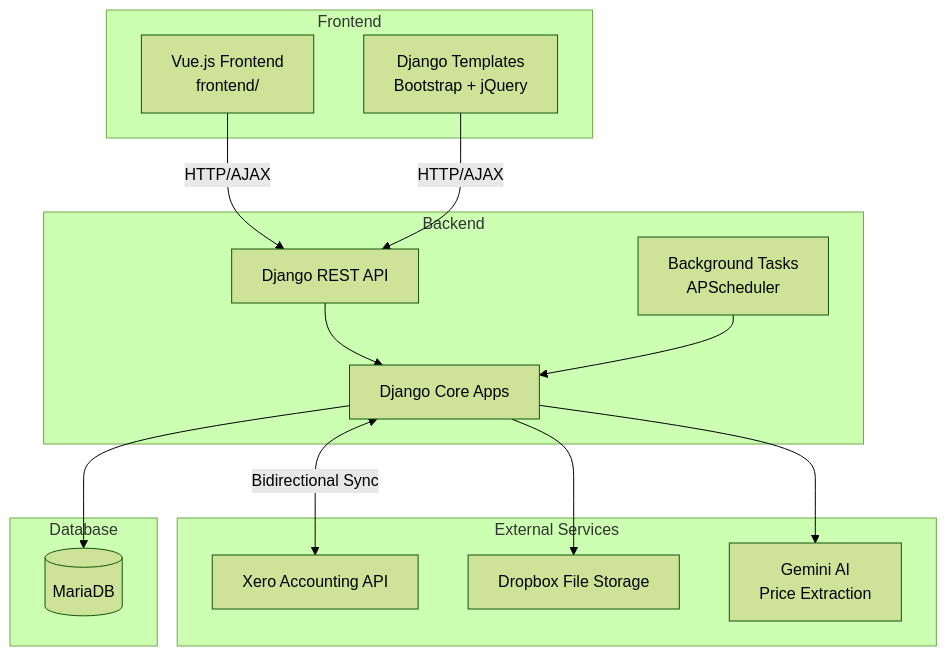
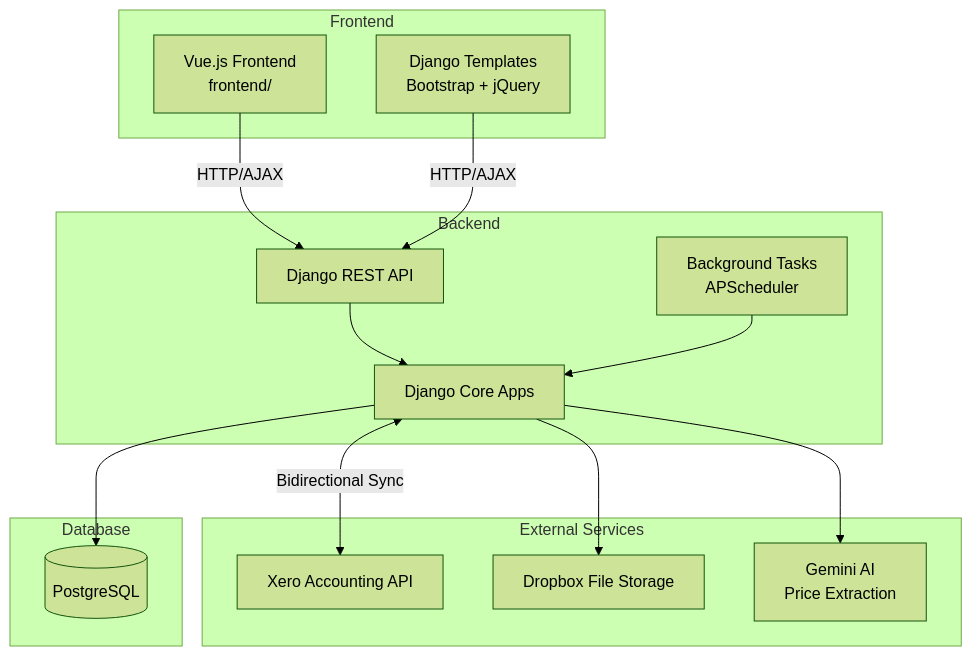
One commit to corrin/docketworks changed the first of 3 diagrams in docs/architecture.md. Above: the diagram before and after it, drawn with Mermaid (forest theme). The commit also changed other lines of this file and 70 other files, not shown here.

````diff
--- a/docs/architecture.md
+++ b/docs/architecture.md
@@ -9,33 +11,33 @@
 ```mermaid
 graph TB
     subgraph Frontend
         Vue[Vue.js Frontend<br/>frontend/]
         Django[Django Templates<br/>Bootstrap + jQuery]
     end
 
     subgraph Backend
         API[Django REST API]
         Core[Django Core Apps]
         Tasks[Background Tasks<br/>APScheduler]
     end
 
     subgraph External Services
         Xero[Xero Accounting API]
         Dropbox[Dropbox File Storage]
         Gemini[Gemini AI<br/>Price Extraction]
     end
 
     subgraph Database
-        MariaDB[(MariaDB)]
+        PostgreSQL[(PostgreSQL)]
     end
 
     Vue -->|HTTP/AJAX| API
     Django -->|HTTP/AJAX| API
     API --> Core
     Tasks --> Core
-    Core --> MariaDB
+    Core --> PostgreSQL
 
     Core <-->|Bidirectional Sync| Xero
     Core --> Dropbox
     Core --> Gemini
 ```
````
